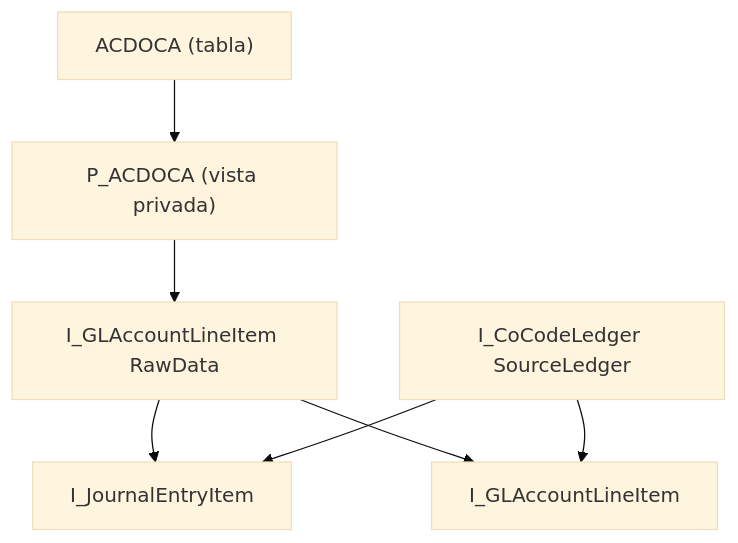
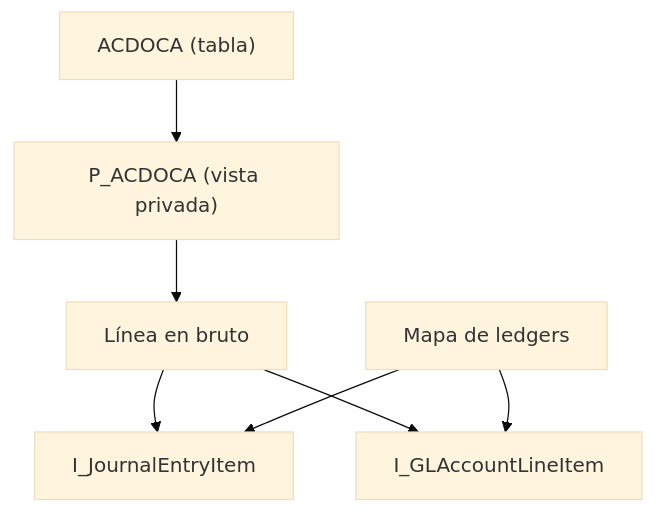
One commit to logalitech/blog-content changed the diagram in es/vistas-cds-liberadas-journal-entry.mdx. Above: the diagram before and after it, drawn with Mermaid (base theme). The commit also changed other lines of this file, not shown here.

Commit message:
Corrección: etiquetas cortas en el diagrama de la pila de vistas
Las etiquetas de más de unos 24 caracteres se recortan al dibujarse; los nombres completos quedan en la lista que acompaña al diagrama.

````diff
--- a/es/vistas-cds-liberadas-journal-entry.mdx
+++ b/es/vistas-cds-liberadas-journal-entry.mdx
@@ -32,9 +32,9 @@
 ```mermaid
 flowchart TB
   A["ACDOCA (tabla)"] --> B["P_ACDOCA (vista privada)"]
-  B --> C["I_GLAccountLineItem RawData"]
+  B --> C["Línea en bruto"]
   C --> D["I_JournalEntryItem"]
   C --> E["I_GLAccountLineItem"]
-  F["I_CoCodeLedger SourceLedger"] --> D
+  F["Mapa de ledgers"] --> D
   F --> E
 ```
````
